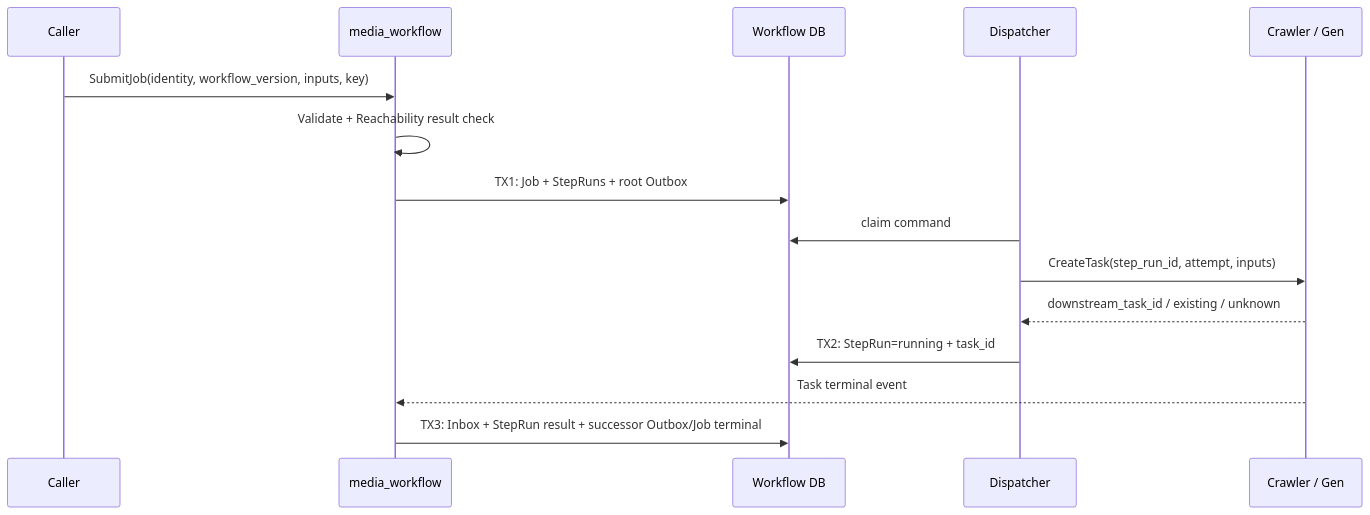
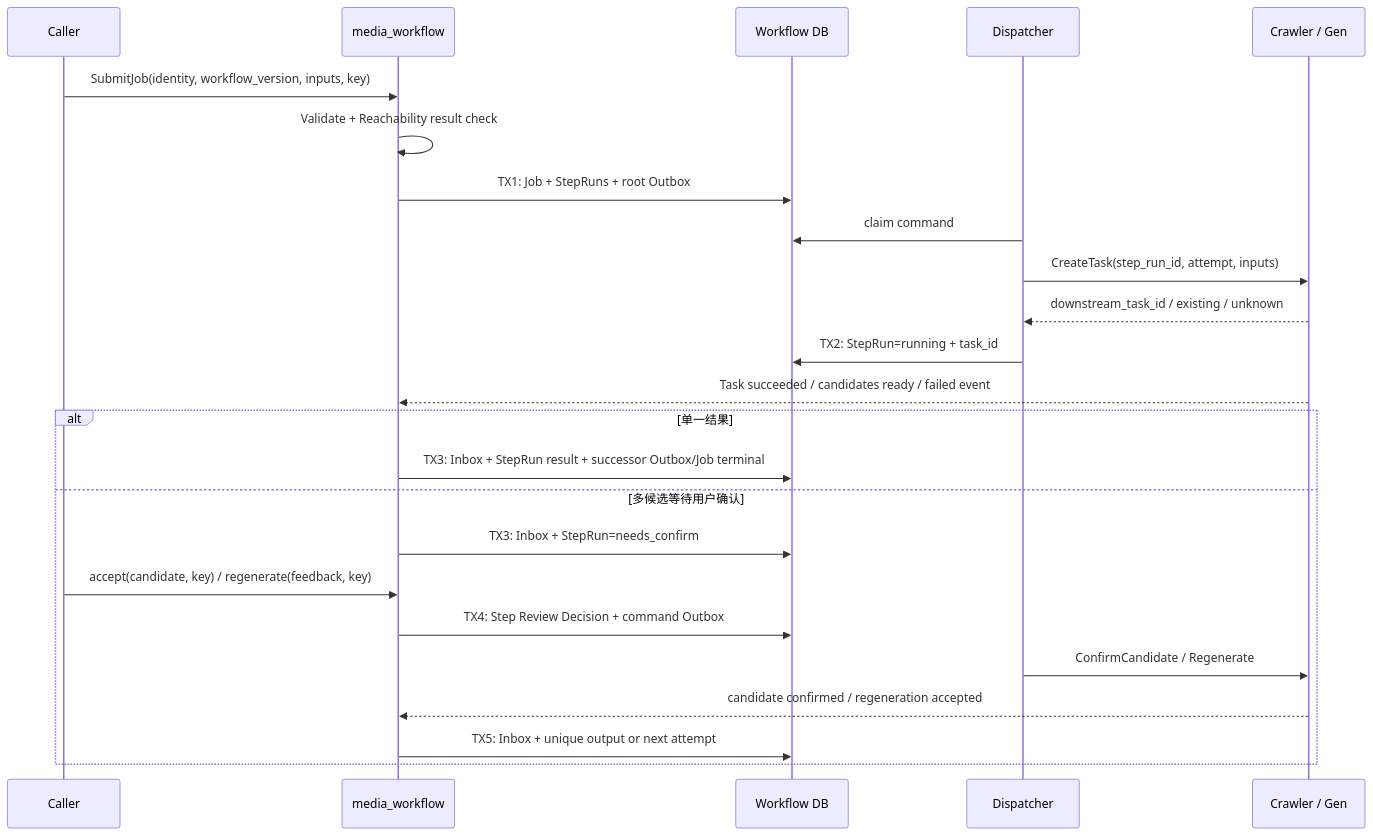
The first of 2 diagrams in docs/ddd/media_workflow/workflow/0002-workflow_execution/workflow_execution.md (hotttao/media_agent), drawn with Mermaid before and after one commit. The commit also changed other lines of this file and 26 other files, not shown here.

````diff
--- a/docs/ddd/media_workflow/workflow/0002-workflow_execution/workflow_execution.md
+++ b/docs/ddd/media_workflow/workflow/0002-workflow_execution/workflow_execution.md
@@ -12,17 +12,26 @@
 ```mermaid
 sequenceDiagram
     participant C as Caller
     participant W as media_workflow
     participant DB as Workflow DB
     participant D as Dispatcher
     participant X as Crawler / Gen
     C->>W: SubmitJob(identity, workflow_version, inputs, key)
     W->>W: Validate + Reachability result check
     W->>DB: TX1: Job + StepRuns + root Outbox
     D->>DB: claim command
     D->>X: CreateTask(step_run_id, attempt, inputs)
     X-->>D: downstream_task_id / existing / unknown
     D->>DB: TX2: StepRun=running + task_id
-    X-->>W: Task terminal event
-    W->>DB: TX3: Inbox + StepRun result + successor Outbox/Job terminal
+    X-->>W: Task succeeded / candidates ready / failed event
+    alt 单一结果
+        W->>DB: TX3: Inbox + StepRun result + successor Outbox/Job terminal
+    else 多候选等待用户确认
+        W->>DB: TX3: Inbox + StepRun=needs_confirm
+        C->>W: accept(candidate, key) / regenerate(feedback, key)
+        W->>DB: TX4: Step Review Decision + command Outbox
+        D->>X: ConfirmCandidate / Regenerate
+        X-->>W: candidate confirmed / regeneration accepted
+        W->>DB: TX5: Inbox + unique output or next attempt
+    end
 ```
````
